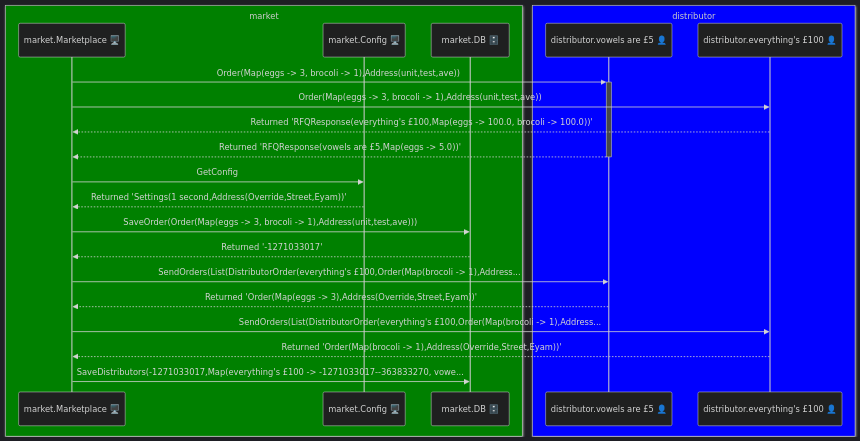
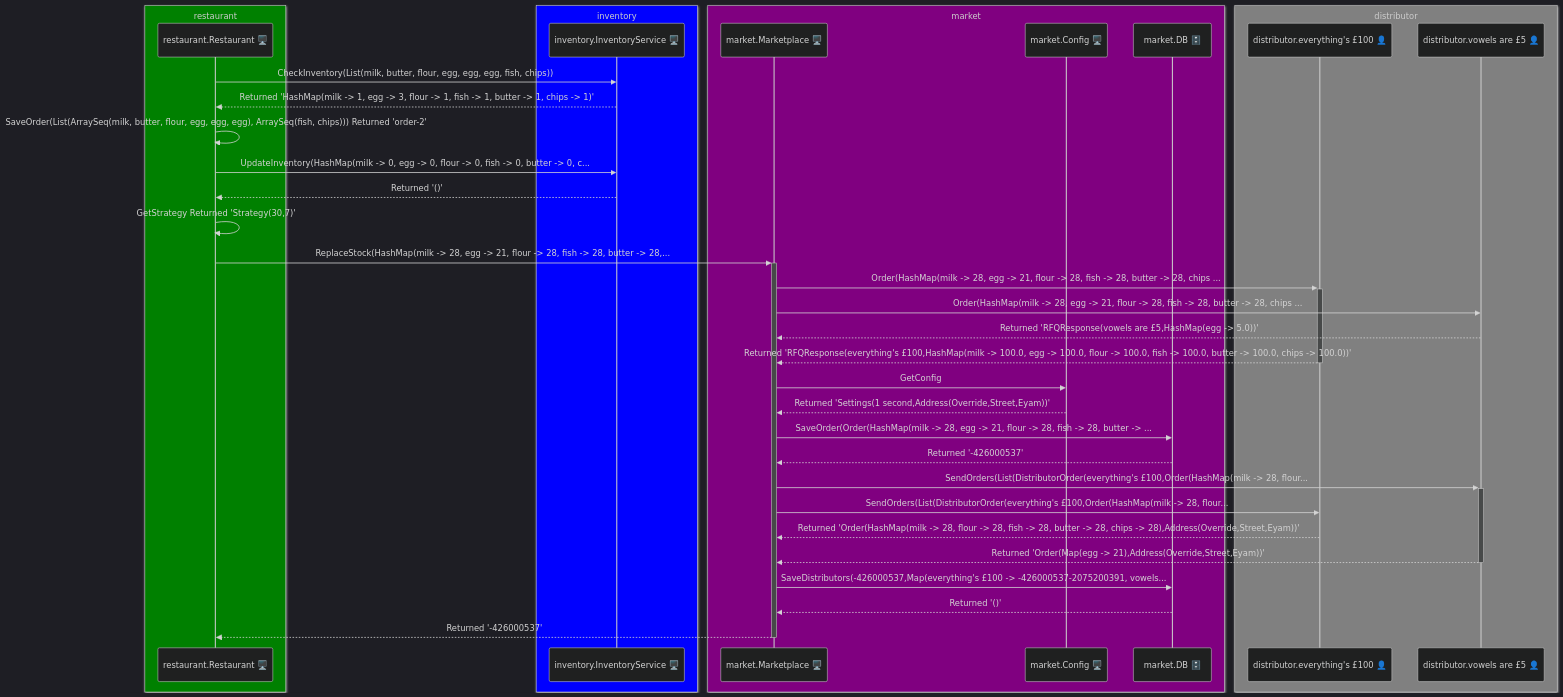
Before and after one commit to aaronp/counterparty: the diagram in docs/scenarios.md, drawn with Mermaid. The commit also changed other lines of this file and 7 other files, not shown here.

````diff
--- a/docs/scenarios.md
+++ b/docs/scenarios.md
@@ -53,27 +19,42 @@
 ```mermaid
 %%{init: {"theme": "dark", 
 "themeVariables": {"primaryTextColor": "grey", "secondaryTextColor": "black", "fontFamily": "Arial", "fontSize": 14, "primaryColor": "#3498db"}}}%%
 sequenceDiagram
-	box green market
+	box green restaurant
+	participant restaurant.Restaurant 🖥️
+	end
+	box blue inventory
+	participant inventory.InventoryService 🖥️
+	end
+	box purple market
 	participant market.Marketplace 🖥️
 	participant market.Config 🖥️
 	participant market.DB 🗄️
 	end
-	box blue distributor
+	box gray distributor
+	participant distributor.everything's £100 👤
 	participant distributor.vowels are £5 👤
-	participant distributor.everything's £100 👤
 	end
-	market.Marketplace 🖥️ ->>+ distributor.vowels are £5 👤 : Order(Map(eggs -> 3, brocoli -> 1),Address(unit,test,ave))
-	market.Marketplace 🖥️ ->> distributor.everything's £100 👤 : Order(Map(eggs -> 3, brocoli -> 1),Address(unit,test,ave))
-	distributor.everything's £100 👤 -->> market.Marketplace 🖥️ : Returned 'RFQResponse(everything's £100,Map(eggs -> 100.0, brocoli -> 100.0))'
-	distributor.vowels are £5 👤 -->>- market.Marketplace 🖥️ : Returned 'RFQResponse(vowels are £5,Map(eggs -> 5.0))'
+	restaurant.Restaurant 🖥️ ->> inventory.InventoryService 🖥️ : CheckInventory(List(milk, butter, flour, egg, egg, egg, fish, chips))
+	inventory.InventoryService 🖥️ -->> restaurant.Restaurant 🖥️ : Returned 'HashMap(milk -> 1, egg -> 3, flour -> 1, fish -> 1, butter -> 1, chips -> 1)'
+	restaurant.Restaurant 🖥️ ->> restaurant.Restaurant 🖥️ : SaveOrder(List(ArraySeq(milk, butter, flour, egg, egg, egg), ArraySeq(fish, chips))) Returned 'order-2'
+	restaurant.Restaurant 🖥️ ->> inventory.InventoryService 🖥️ : UpdateInventory(HashMap(milk -> 0, egg -> 0, flour -> 0, fish -> 0, butter -> 0, c...
+	inventory.InventoryService 🖥️ -->> restaurant.Restaurant 🖥️ : Returned '()'
+	restaurant.Restaurant 🖥️ ->> restaurant.Restaurant 🖥️ : GetStrategy Returned 'Strategy(30,7)'
+	restaurant.Restaurant 🖥️ ->>+ market.Marketplace 🖥️ : ReplaceStock(HashMap(milk -> 28, egg -> 21, flour -> 28, fish -> 28, butter -> 28,...
+	market.Marketplace 🖥️ ->>+ distributor.everything's £100 👤 : Order(HashMap(milk -> 28, egg -> 21, flour -> 28, fish -> 28, butter -> 28, chips ...
+	market.Marketplace 🖥️ ->> distributor.vowels are £5 👤 : Order(HashMap(milk -> 28, egg -> 21, flour -> 28, fish -> 28, butter -> 28, chips ...
+	distributor.vowels are £5 👤 -->> market.Marketplace 🖥️ : Returned 'RFQResponse(vowels are £5,HashMap(egg -> 5.0))'
+	distributor.everything's £100 👤 -->>- market.Marketplace 🖥️ : Returned 'RFQResponse(everything's £100,HashMap(milk -> 100.0, egg -> 100.0, flour -> 100.0, fish -> 100.0, butter -> 100.0, chips -> 100.0))'
 	market.Marketplace 🖥️ ->> market.Config 🖥️ : GetConfig
 	market.Config 🖥️ -->> market.Marketplace 🖥️ : Returned 'Settings(1 second,Address(Override,Street,Eyam))'
-	market.Marketplace 🖥️ ->> market.DB 🗄️ : SaveOrder(Order(Map(eggs -> 3, brocoli -> 1),Address(unit,test,ave)))
-	market.DB 🗄️ -->> market.Marketplace 🖥️ : Returned '-1271033017'
-	market.Marketplace 🖥️ ->> distributor.vowels are £5 👤 : SendOrders(List(DistributorOrder(everything's £100,Order(Map(brocoli -> 1),Address...
-	distributor.vowels are £5 👤 -->> market.Marketplace 🖥️ : Returned 'Order(Map(eggs -> 3),Address(Override,Street,Eyam))'
-	market.Marketplace 🖥️ ->> distributor.everything's £100 👤 : SendOrders(List(DistributorOrder(everything's £100,Order(Map(brocoli -> 1),Address...
-	distributor.everything's £100 👤 -->> market.Marketplace 🖥️ : Returned 'Order(Map(brocoli -> 1),Address(Override,Street,Eyam))'
-	market.Marketplace 🖥️ ->> market.DB 🗄️ : SaveDistributors(-1271033017,Map(everything's £100 -> -1271033017--363833270, vowe...
+	market.Marketplace 🖥️ ->> market.DB 🗄️ : SaveOrder(Order(HashMap(milk -> 28, egg -> 21, flour -> 28, fish -> 28, butter -> ...
+	market.DB 🗄️ -->> market.Marketplace 🖥️ : Returned '-426000537'
+	market.Marketplace 🖥️ ->>+ distributor.vowels are £5 👤 : SendOrders(List(DistributorOrder(everything's £100,Order(HashMap(milk -> 28, flour...
+	market.Marketplace 🖥️ ->> distributor.everything's £100 👤 : SendOrders(List(DistributorOrder(everything's £100,Order(HashMap(milk -> 28, flour...
+	distributor.everything's £100 👤 -->> market.Marketplace 🖥️ : Returned 'Order(HashMap(milk -> 28, flour -> 28, fish -> 28, butter -> 28, chips -> 28),Address(Override,Street,Eyam))'
+	distributor.vowels are £5 👤 -->>- market.Marketplace 🖥️ : Returned 'Order(Map(egg -> 21),Address(Override,Street,Eyam))'
+	market.Marketplace 🖥️ ->> market.DB 🗄️ : SaveDistributors(-426000537,Map(everything's £100 -> -426000537-2075200391, vowels...
+	market.DB 🗄️ -->> market.Marketplace 🖥️ : Returned '()'
+	market.Marketplace 🖥️ -->>- restaurant.Restaurant 🖥️ : Returned '-426000537'
 ```
````
